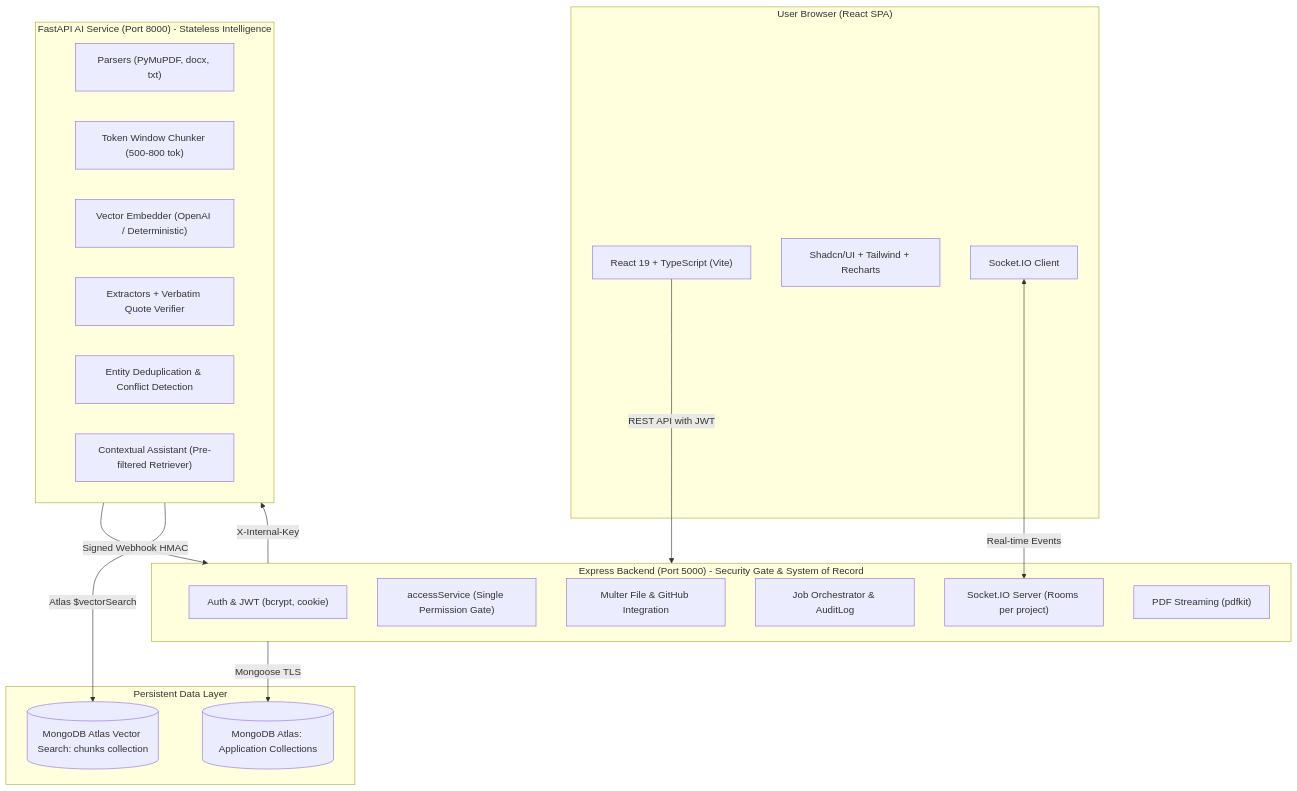
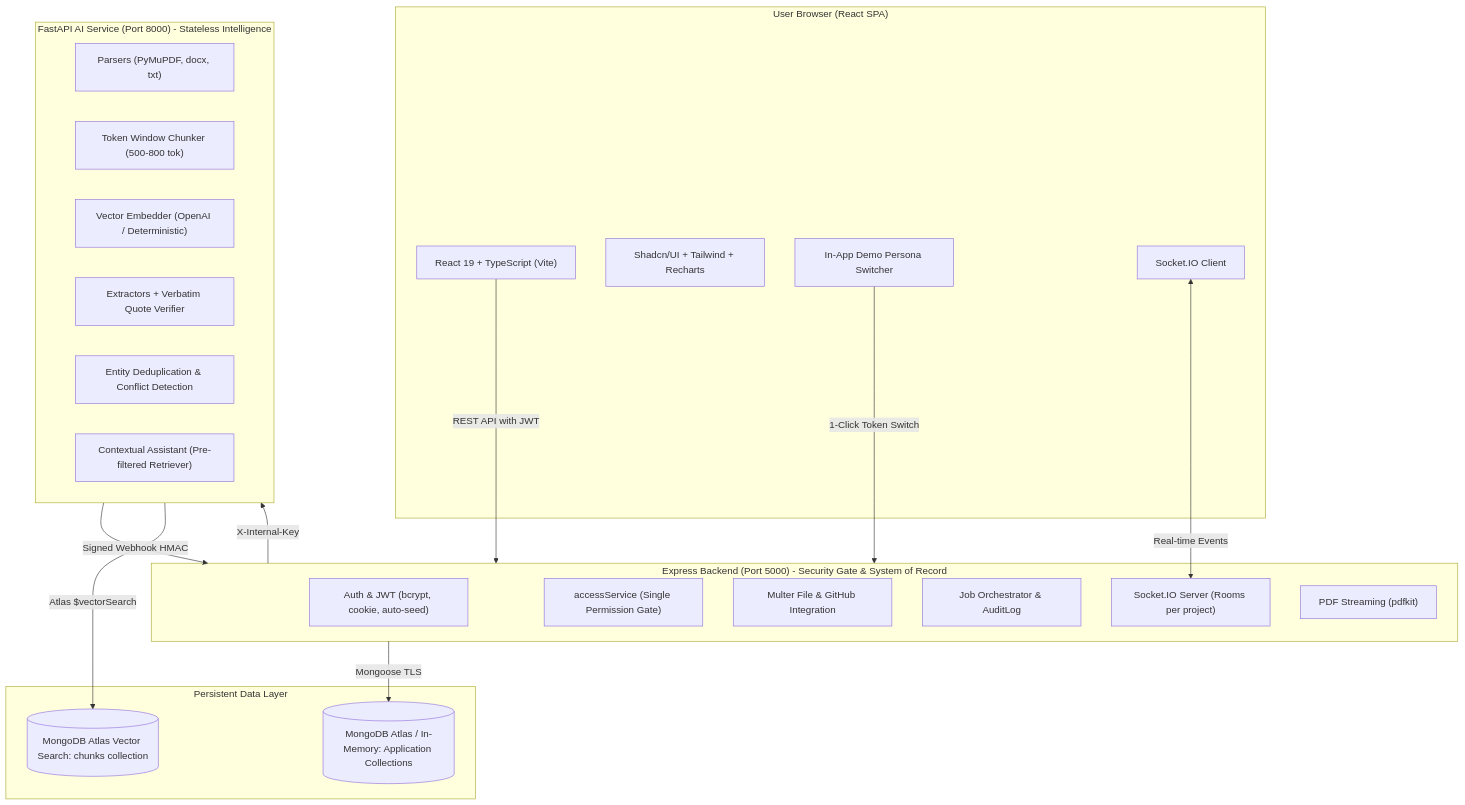
The diagram in README.md (parthshandilya2007-ai/Knowledge-Handover), drawn with Mermaid before and after one commit. The commit also changed other lines of this file, not shown here.

````diff
--- a/README.md
+++ b/README.md
@@ -24,38 +24,40 @@
 ```mermaid
 flowchart TD
     subgraph Browser ["User Browser (React SPA)"]
         UI["React 19 + TypeScript (Vite)"]
         Components["Shadcn/UI + Tailwind + Recharts"]
+        DemoSwitcher["In-App Demo Persona Switcher"]
         SocketClient["Socket.IO Client"]
     end
 
     subgraph NodeBackend ["Express Backend (Port 5000) - Security Gate & System of Record"]
-        Auth["Auth & JWT (bcrypt, cookie)"]
+        Auth["Auth & JWT (bcrypt, cookie, auto-seed)"]
         RBAC["accessService (Single Permission Gate)"]
         Upload["Multer File & GitHub Integration"]
         JobOrch["Job Orchestrator & AuditLog"]
         SocketServer["Socket.IO Server (Rooms per project)"]
         PDF["PDF Streaming (pdfkit)"]
     end
 
     subgraph FastAPIService ["FastAPI AI Service (Port 8000) - Stateless Intelligence"]
         Parsers["Parsers (PyMuPDF, docx, txt)"]
         Chunker["Token Window Chunker (500-800 tok)"]
         Embedder["Vector Embedder (OpenAI / Deterministic)"]
         Extractors["Extractors + Verbatim Quote Verifier"]
         Reconciler["Entity Deduplication & Conflict Detection"]
         RAG["Contextual Assistant (Pre-filtered Retriever)"]
     end
 
     subgraph Storage ["Persistent Data Layer"]
-        MongoApp[("MongoDB Atlas: Application Collections")]
+        MongoApp[("MongoDB Atlas / In-Memory: Application Collections")]
         MongoVector[("MongoDB Atlas Vector Search: chunks collection")]
     end
 
     UI -->|REST API with JWT| NodeBackend
+    DemoSwitcher -->|1-Click Token Switch| NodeBackend
     SocketClient <-->|Real-time Events| SocketServer
     NodeBackend -->|X-Internal-Key| FastAPIService
     FastAPIService -->|Signed Webhook HMAC| NodeBackend
     NodeBackend -->|Mongoose TLS| MongoApp
     FastAPIService -->|Atlas $vectorSearch| MongoVector
 ```
````
